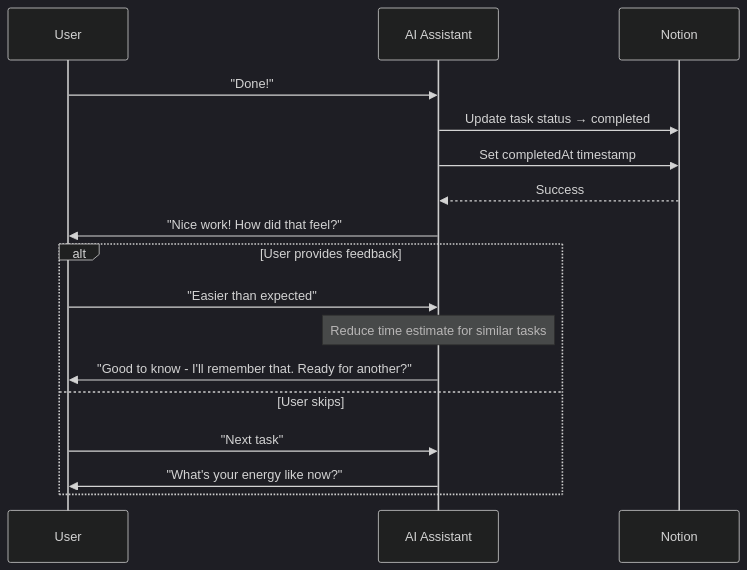
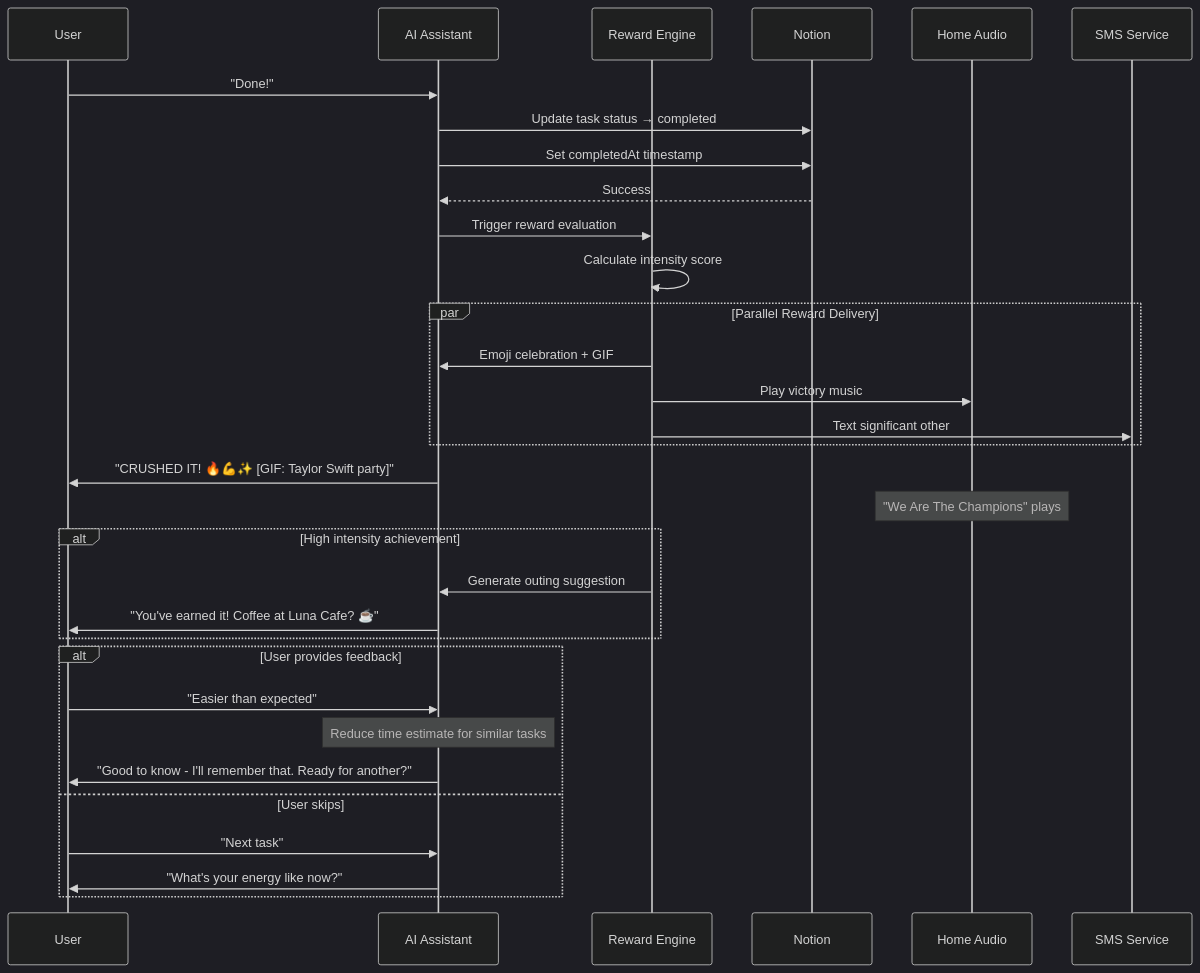
Before and after one commit to NickBorgers/hide-my-list: the eighth of 21 diagrams in docs/user-interactions.md, drawn with Mermaid (dark theme). The commit also changed other lines of this file and 3 other files, not shown here.

````diff
--- a/docs/user-interactions.md
+++ b/docs/user-interactions.md
@@ -188,23 +188,42 @@
 ```mermaid
 sequenceDiagram
     participant U as User
     participant AI as AI Assistant
+    participant R as Reward Engine
     participant N as Notion
+    participant HA as Home Audio
+    participant SMS as SMS Service
 
     U->>AI: "Done!"
 
     AI->>N: Update task status → completed
     AI->>N: Set completedAt timestamp
     N-->>AI: Success
 
-    AI->>U: "Nice work! How did that feel?"
+    AI->>R: Trigger reward evaluation
+    R->>R: Calculate intensity score
+
+    par Parallel Reward Delivery
+        R->>AI: Emoji celebration + GIF
+        R->>HA: Play victory music
+        R->>SMS: Text significant other
+    end
+
+    AI->>U: "CRUSHED IT! 🔥💪✨ [GIF: Taylor Swift party]"
+
+    Note over HA: "We Are The Champions" plays
+
+    alt High intensity achievement
+        R->>AI: Generate outing suggestion
+        AI->>U: "You've earned it! Coffee at Luna Cafe? ☕"
+    end
 
     alt User provides feedback
         U->>AI: "Easier than expected"
         Note over AI: Reduce time estimate for similar tasks
         AI->>U: "Good to know - I'll remember that. Ready for another?"
     else User skips
         U->>AI: "Next task"
         AI->>U: "What's your energy like now?"
     end
 ```
````
